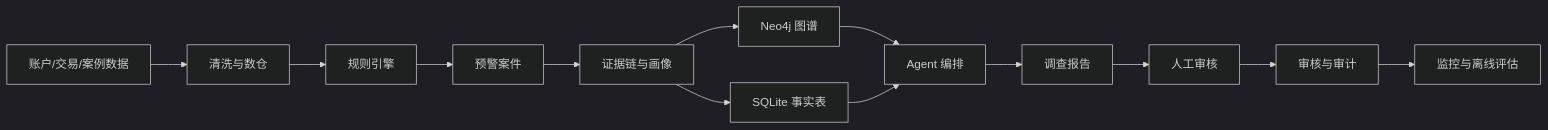
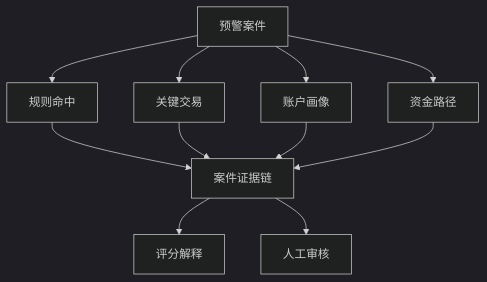
Before and after one commit to wangweihang1007-dev/chainjian-aml: diagram 14 of 21 in chainjian-aml/docs/architecture/链鉴AML_系统技术设计文档.md, drawn with Mermaid (dark theme). The commit also changed other lines of this file and 28 other files, not shown here.

````diff
--- a/chainjian-aml/docs/architecture/链鉴AML_系统技术设计文档.md
+++ b/chainjian-aml/docs/architecture/链鉴AML_系统技术设计文档.md
@@ -66,15 +549,13 @@
 ```mermaid
-flowchart LR
-    DATA[账户/交易/案例数据] --> INGEST[清洗与数仓]
-    INGEST --> RULE[规则引擎]
-    RULE --> ALERT[预警案件]
-    ALERT --> EVIDENCE[证据链与画像]
-    EVIDENCE --> GRAPH[Neo4j 图谱]
-    EVIDENCE --> SQLITE[SQLite 事实表]
-    GRAPH --> AGENT[Agent 编排]
-    SQLITE --> AGENT
-    AGENT --> REPORT[调查报告]
-    REPORT --> REVIEW[人工审核]
-    REVIEW --> AUDIT[审核与审计]
-    AUDIT --> MONITOR[监控与离线评估]
+flowchart TB
+    C[预警案件] --> R[规则命中]
+    C --> T[关键交易]
+    C --> P[账户画像]
+    C --> G[资金路径]
+    R --> E[案件证据链]
+    T --> E
+    P --> E
+    G --> E
+    E --> S[评分解释]
+    E --> H[人工审核]
 ```
````
